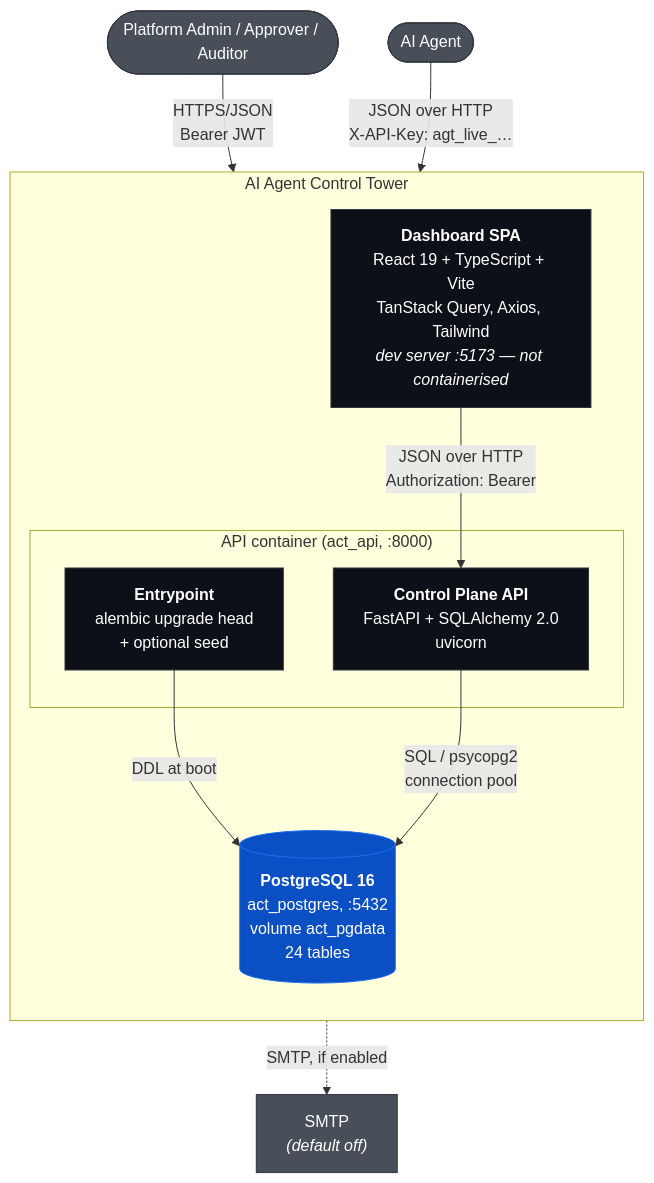
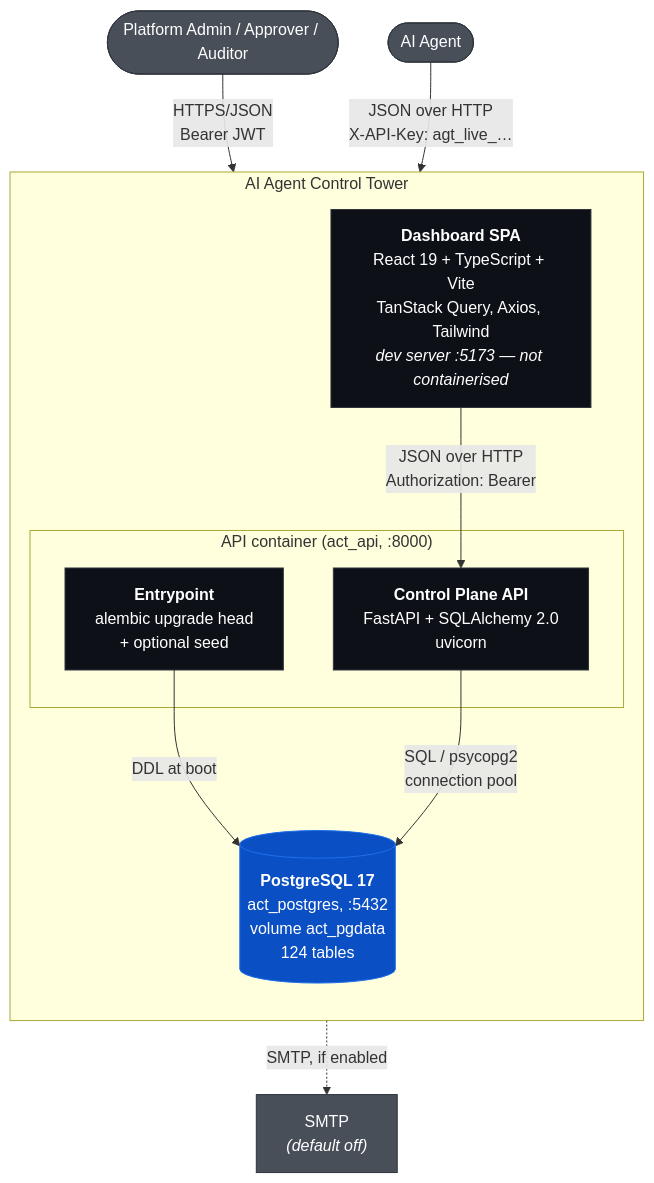
Before and after one commit to Umair-zaka-ui/ai-agent-control-tower: the first of 3 diagrams in docs/architecture/c4/02-container.md, drawn with Mermaid. The commit also changed other lines of this file and 12 other files, not shown here.

````diff
--- a/docs/architecture/c4/02-container.md
+++ b/docs/architecture/c4/02-container.md
@@ -9,34 +9,34 @@
 ```mermaid
 flowchart TB
     admin(["Platform Admin / Approver / Auditor"])
     agent(["AI Agent"])
 
     subgraph tower["AI Agent Control Tower"]
         direction TB
 
         spa["<b>Dashboard SPA</b><br/>React 19 + TypeScript + Vite<br/>TanStack Query, Axios, Tailwind<br/><i>dev server :5173 — not containerised</i>"]
 
         subgraph api_c["API container (act_api, :8000)"]
             api["<b>Control Plane API</b><br/>FastAPI + SQLAlchemy 2.0<br/>uvicorn"]
             entry["<b>Entrypoint</b><br/>alembic upgrade head<br/>+ optional seed"]
         end
 
-        db[("<b>PostgreSQL 16</b><br/>act_postgres, :5432<br/>volume act_pgdata<br/>24 tables")]
+        db[("<b>PostgreSQL 17</b><br/>act_postgres, :5432<br/>volume act_pgdata<br/>124 tables")]
     end
 
     smtp["SMTP<br/><i>(default off)</i>"]
 
     admin -->|"HTTPS/JSON<br/>Bearer JWT"| spa
     spa -->|"JSON over HTTP<br/>Authorization: Bearer"| api
     agent -->|"JSON over HTTP<br/>X-API-Key: agt_live_…"| api
     entry -->|"DDL at boot"| db
     api -->|"SQL / psycopg2<br/>connection pool"| db
     api -.->|"SMTP, if enabled"| smtp
 
     classDef c fill:#0d1117,stroke:#30363d,color:#fff
     classDef store fill:#0b4fc4,stroke:#1f6feb,color:#fff
     classDef ext fill:#484f58,stroke:#30363d,color:#fff
     class spa,api,entry c
     class db store
     class smtp,admin,agent ext
 ```
````
